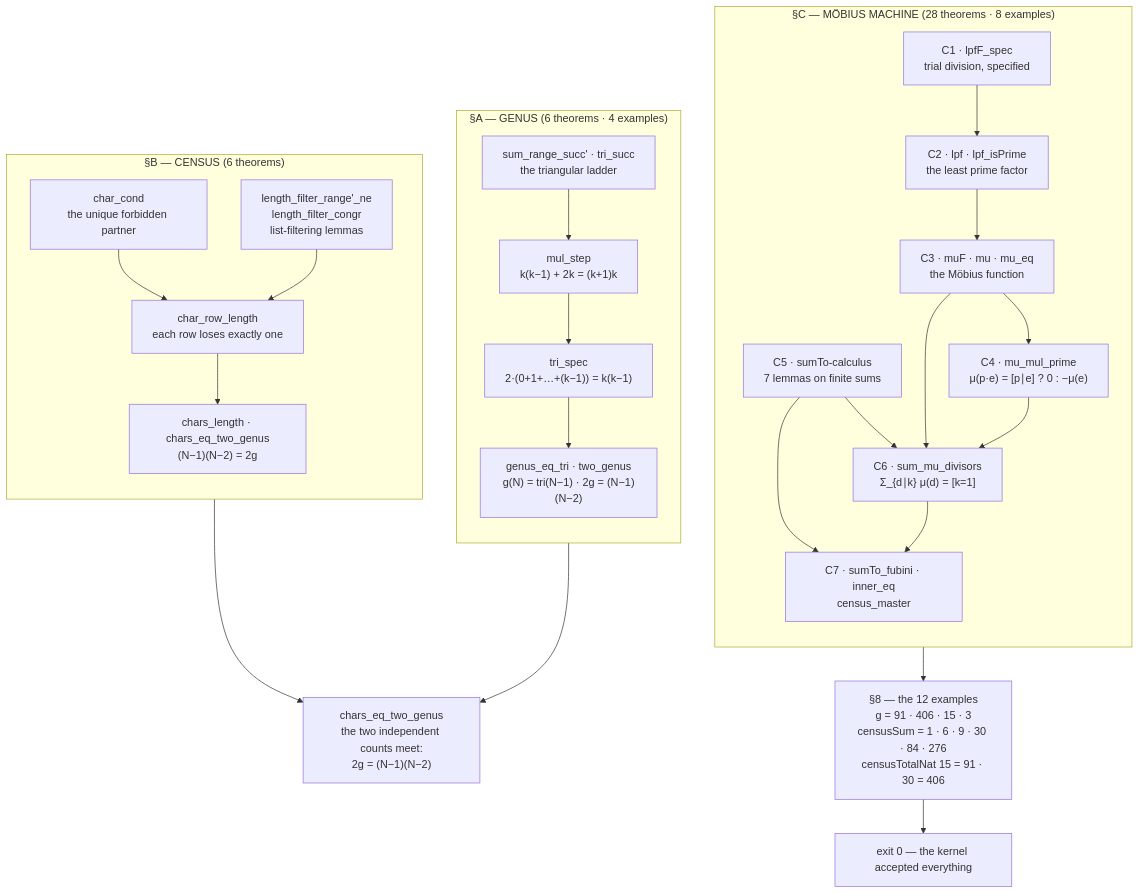
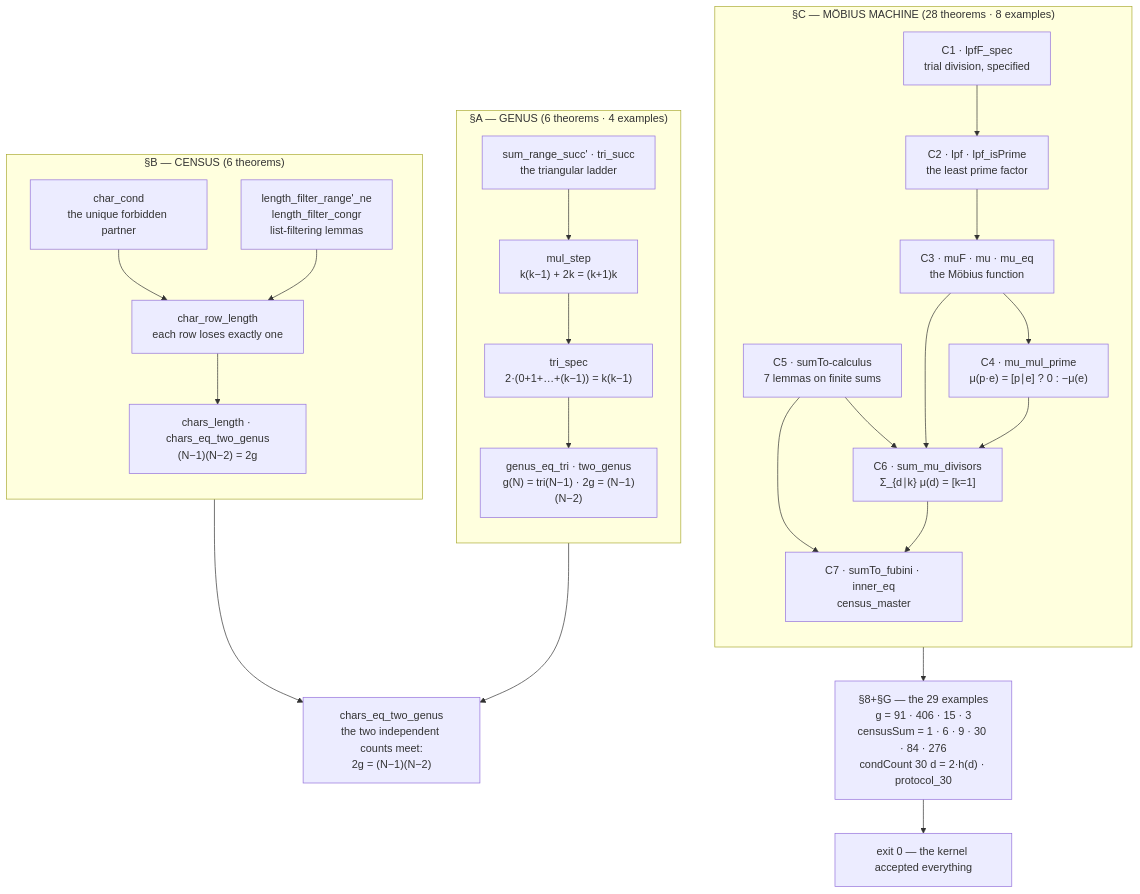
One commit to wild8highlander/hodge-laboratory changed the first of 2 diagrams in verification/lean/README.md. Above: the diagram before and after it, drawn with Mermaid. The commit also changed other lines of this file and 8 other files, not shown here.

````diff
--- a/verification/lean/README.md
+++ b/verification/lean/README.md
@@ -174,40 +174,40 @@
 ```mermaid
 flowchart TB
     subgraph SA["§A — GENUS  (6 theorems · 4 examples)"]
         direction TB
         A1["sum_range_succ' · tri_succ<br/>the triangular ladder"]
         A2["mul_step<br/>k(k−1) + 2k = (k+1)k"]
         A3["tri_spec<br/>2·(0+1+…+(k−1)) = k(k−1)"]
         A4["genus_eq_tri · two_genus<br/>g(N) = tri(N−1) · 2g = (N−1)(N−2)"]
         A1 --> A2 --> A3 --> A4
     end
     subgraph SB["§B — CENSUS  (6 theorems)"]
         direction TB
         B1["char_cond<br/>the unique forbidden partner"]
         B2["length_filter_range'_ne<br/>length_filter_congr<br/>list-filtering lemmas"]
         B3["char_row_length<br/>each row loses exactly one"]
         B4["chars_length · chars_eq_two_genus<br/>(N−1)(N−2) = 2g"]
         B1 --> B3
         B2 --> B3 --> B4
     end
     subgraph SC["§C — MÖBIUS MACHINE  (28 theorems · 8 examples)"]
         direction TB
         C1["C1 · lpfF_spec<br/>trial division, specified"]
         C2["C2 · lpf · lpf_isPrime<br/>the least prime factor"]
         C3["C3 · muF · mu · mu_eq<br/>the Möbius function"]
         C4["C4 · mu_mul_prime<br/>μ(p·e) = [p∣e] ? 0 : −μ(e)"]
         C5["C5 · sumTo-calculus<br/>7 lemmas on finite sums"]
         C6["C6 · sum_mu_divisors<br/>Σ_{d∣k} μ(d) = [k=1]"]
         C7["C7 · sumTo_fubini · inner_eq<br/>census_master"]
         C1 --> C2 --> C3 --> C4
         C5 --> C6
         C3 --> C6
         C4 --> C6
         C5 --> C7
         C6 --> C7
     end
     A4 --> M["chars_eq_two_genus<br/>the two independent counts meet:<br/>2g = (N−1)(N−2)"]
     B4 --> M
-    C7 --> E["§8 — the 12 examples<br/>g = 91 · 406 · 15 · 3<br/>censusSum = 1 · 6 · 9 · 30 · 84 · 276<br/>censusTotalNat 15 = 91 · 30 = 406"]
+    C7 --> E["§8+§G — the 29 examples<br/>g = 91 · 406 · 15 · 3<br/>censusSum = 1 · 6 · 9 · 30 · 84 · 276<br/>condCount 30 d = 2·h(d) · protocol_30"]
     E --> EXIT["exit 0 — the kernel accepted everything"]
 ```
````
